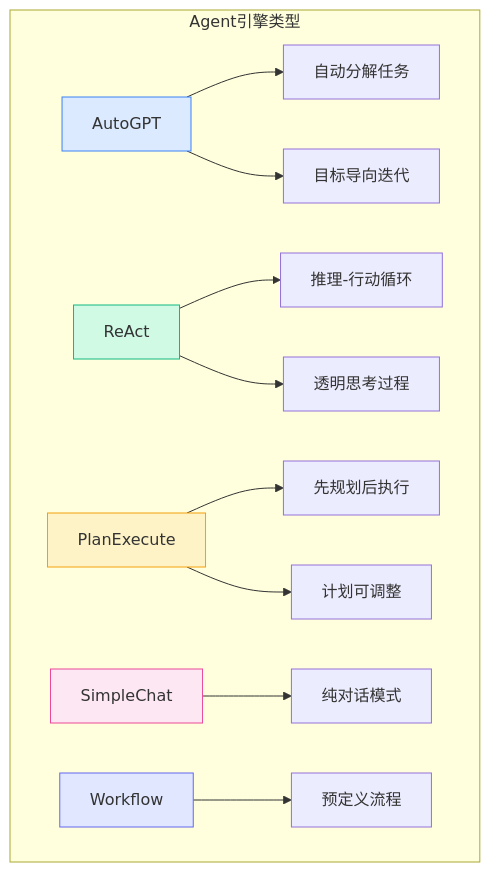
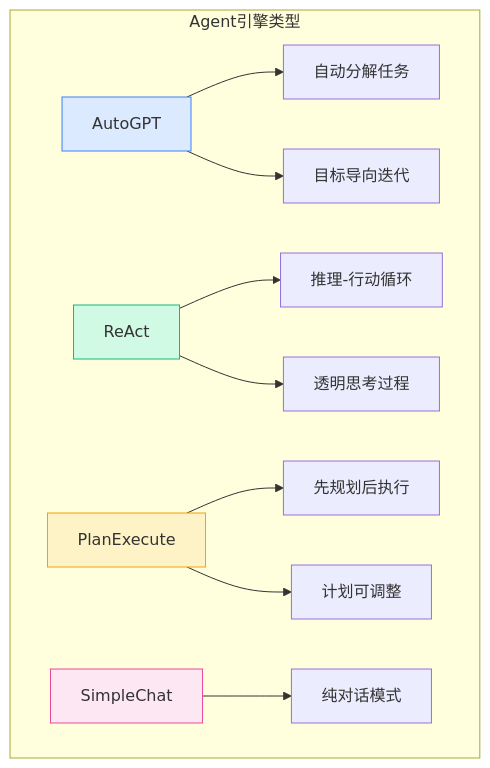
The first of 3 diagrams in meta-doc/src/renderer/src/manuals/zh_CN/agent/engine.md (JaredYe04/MetaDoc), drawn with Mermaid before and after one commit. The commit also changed other lines of this file and 43 other files, not shown here.

````diff
--- a/meta-doc/src/renderer/src/manuals/zh_CN/agent/engine.md
+++ b/meta-doc/src/renderer/src/manuals/zh_CN/agent/engine.md
@@ -21,18 +20,16 @@
 ```mermaid
 graph TB
     subgraph Agent引擎类型
         A[AutoGPT] --> A1[自动分解任务]
         A --> A2[目标导向迭代]
         B[ReAct] --> B1[推理-行动循环]
         B --> B2[透明思考过程]
         C[PlanExecute] --> C1[先规划后执行]
         C --> C2[计划可调整]
         D[SimpleChat] --> D1[纯对话模式]
-        E[Workflow] --> E1[预定义流程]
     end
     style A fill:#dbeafe,stroke:#3b82f6
     style B fill:#d1fae5,stroke:#10b981
     style C fill:#fef3c7,stroke:#f59e0b
     style D fill:#fce7f3,stroke:#ec4899
-    style E fill:#e0e7ff,stroke:#6366f1
 ```
````
